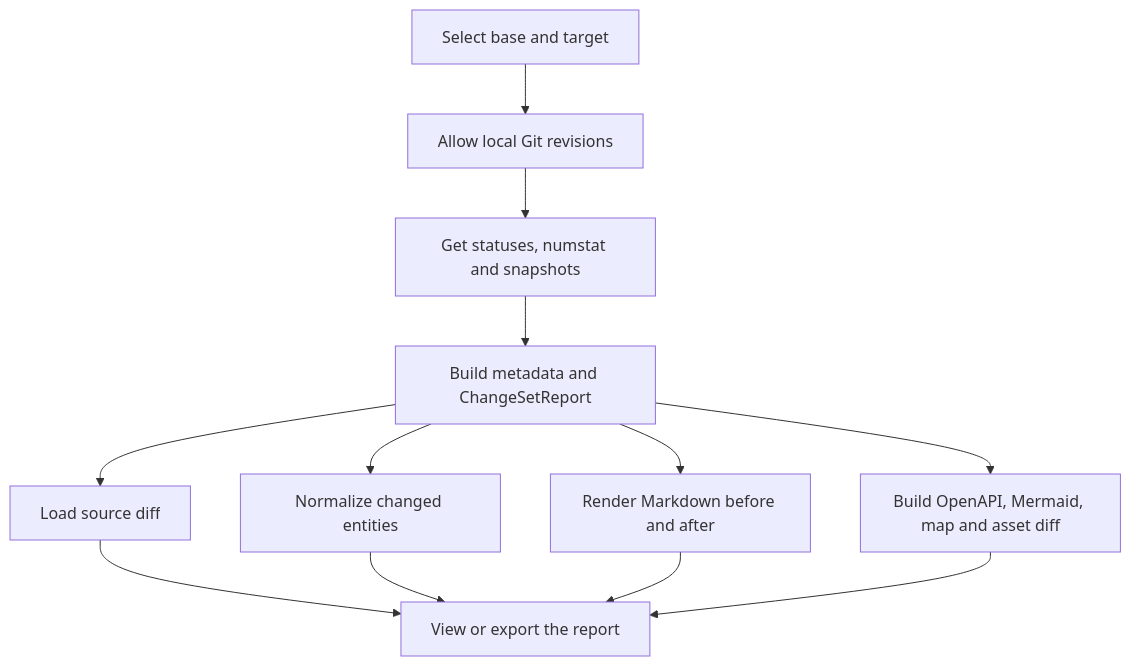
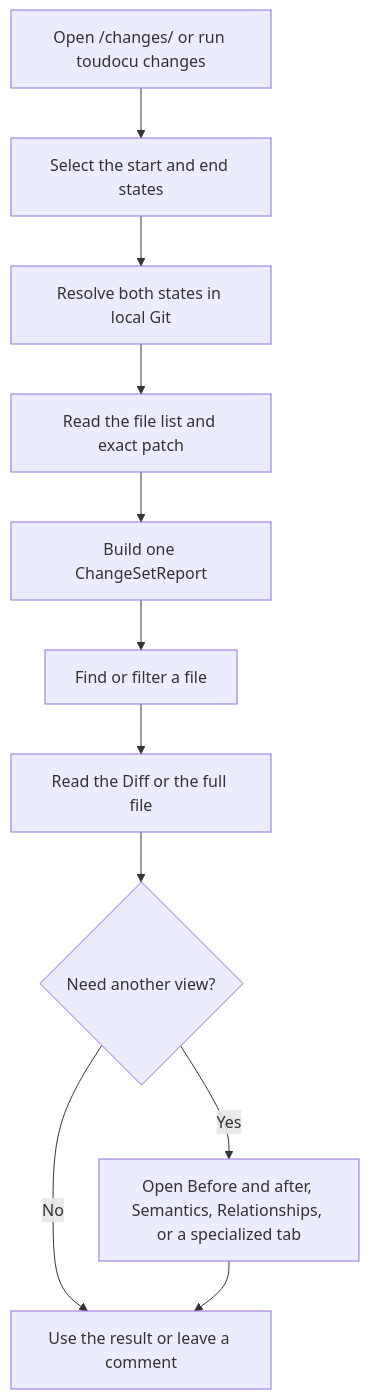
One commit to lumenikoly/toudocu changed the diagram in docs-en/flows/FLOW-DOCS-CHANGES.md. Above: the diagram before and after it, drawn with Mermaid. The commit also changed other lines of this file and 418 other files, not shown here.

````diff
--- a/docs-en/flows/FLOW-DOCS-CHANGES.md
+++ b/docs-en/flows/FLOW-DOCS-CHANGES.md
@@ -13,14 +13,13 @@
 ```mermaid
 flowchart TD
-    Select["Select base and target"] --> Resolve["Allow local Git revisions"]
-    Resolve --> Files["Get statuses, numstat and snapshots"]
-    Files --> Report["Build metadata and ChangeSetReport"]
-    Report --> Source["Load source diff"]
-    Report --> Semantic["Normalize changed entities"]
-    Report --> Rendered["Render Markdown before and after"]
-    Report --> Specialized["Build OpenAPI, Mermaid, map and asset diff"]
-    Source --> Review["View or export the report"]
-    Semantic --> Review
-    Rendered --> Review
-    Specialized --> Review
+    Start["Open /changes/ or run toudocu changes"] --> Range["Select the start and end states"]
+    Range --> Resolve["Resolve both states in local Git"]
+    Resolve --> Files["Read the file list and exact patch"]
+    Files --> Report["Build one ChangeSetReport"]
+    Report --> Filter["Find or filter a file"]
+    Filter --> Diff["Read the Diff or the full file"]
+    Diff --> Extra{"Need another view?"}
+    Extra -->|Yes| Views["Open Before and after, Semantics, Relationships, or a specialized tab"]
+    Extra -->|No| Finish["Use the result or leave a comment"]
+    Views --> Finish
 ```
````
